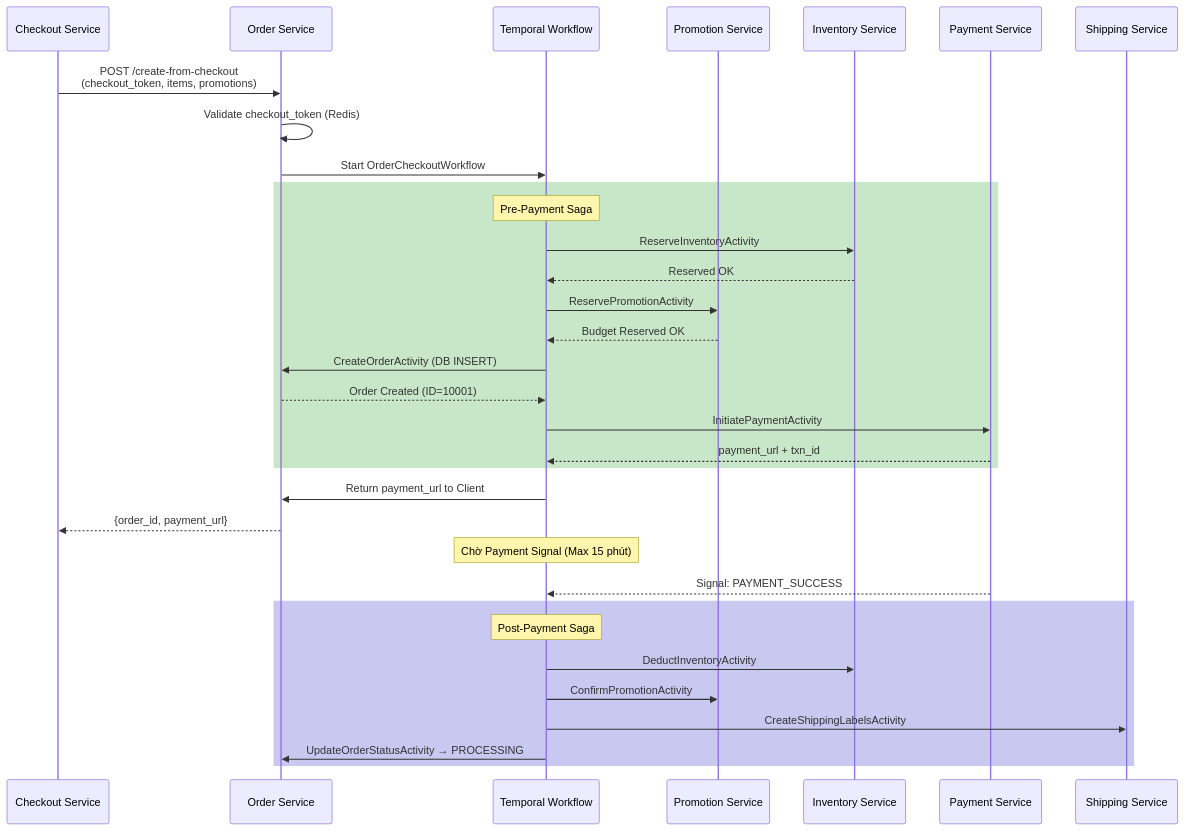
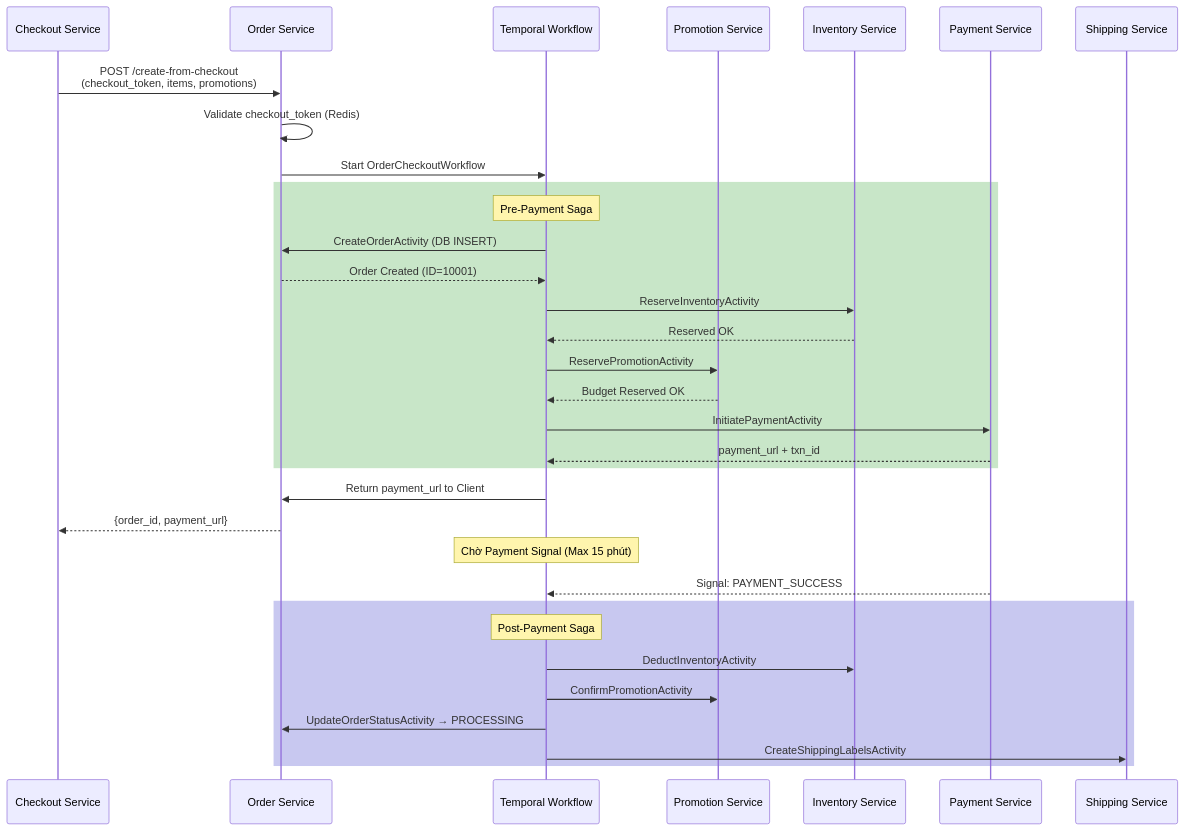
One commit to quangdung2110/e-commerce-microservices changed the diagram in docs/order/order_workflow.md. Above: the diagram before and after it, drawn with Mermaid. The commit also changed other lines of this file and 7 other files, not shown here.

````diff
--- a/docs/order/order_workflow.md
+++ b/docs/order/order_workflow.md
@@ -104,40 +105,40 @@
 ```mermaid
 sequenceDiagram
     participant CK as Checkout Service
     participant OS as Order Service
     participant TW as Temporal Workflow
     participant PM as Promotion Service
     participant IV as Inventory Service
     participant PY as Payment Service
     participant SH as Shipping Service
 
     CK->>OS: POST /create-from-checkout<br>(checkout_token, items, promotions)
     OS->>OS: Validate checkout_token (Redis)
     OS->>TW: Start OrderCheckoutWorkflow
 
     rect rgb(200, 230, 200)
     Note over TW: Pre-Payment Saga
-    TW->>IV: ReserveInventoryActivity
-    IV-->>TW: Reserved OK
-    TW->>PM: ReservePromotionActivity
-    PM-->>TW: Budget Reserved OK
     TW->>OS: CreateOrderActivity (DB INSERT)
     OS-->>TW: Order Created (ID=10001)
+   TW->>IV: ReserveInventoryActivity
+   IV-->>TW: Reserved OK
+   TW->>PM: ReservePromotionActivity
+   PM-->>TW: Budget Reserved OK
     TW->>PY: InitiatePaymentActivity
     PY-->>TW: payment_url + txn_id
     end
 
     TW->>OS: Return payment_url to Client
     OS-->>CK: {order_id, payment_url}
 
     Note over TW: Chờ Payment Signal (Max 15 phút)
     PY-->>TW: Signal: PAYMENT_SUCCESS
 
     rect rgb(200, 200, 240)
     Note over TW: Post-Payment Saga
     TW->>IV: DeductInventoryActivity
     TW->>PM: ConfirmPromotionActivity
-    TW->>SH: CreateShippingLabelsActivity
     TW->>OS: UpdateOrderStatusActivity → PROCESSING
+   TW->>SH: CreateShippingLabelsActivity
     end
 ```
````
